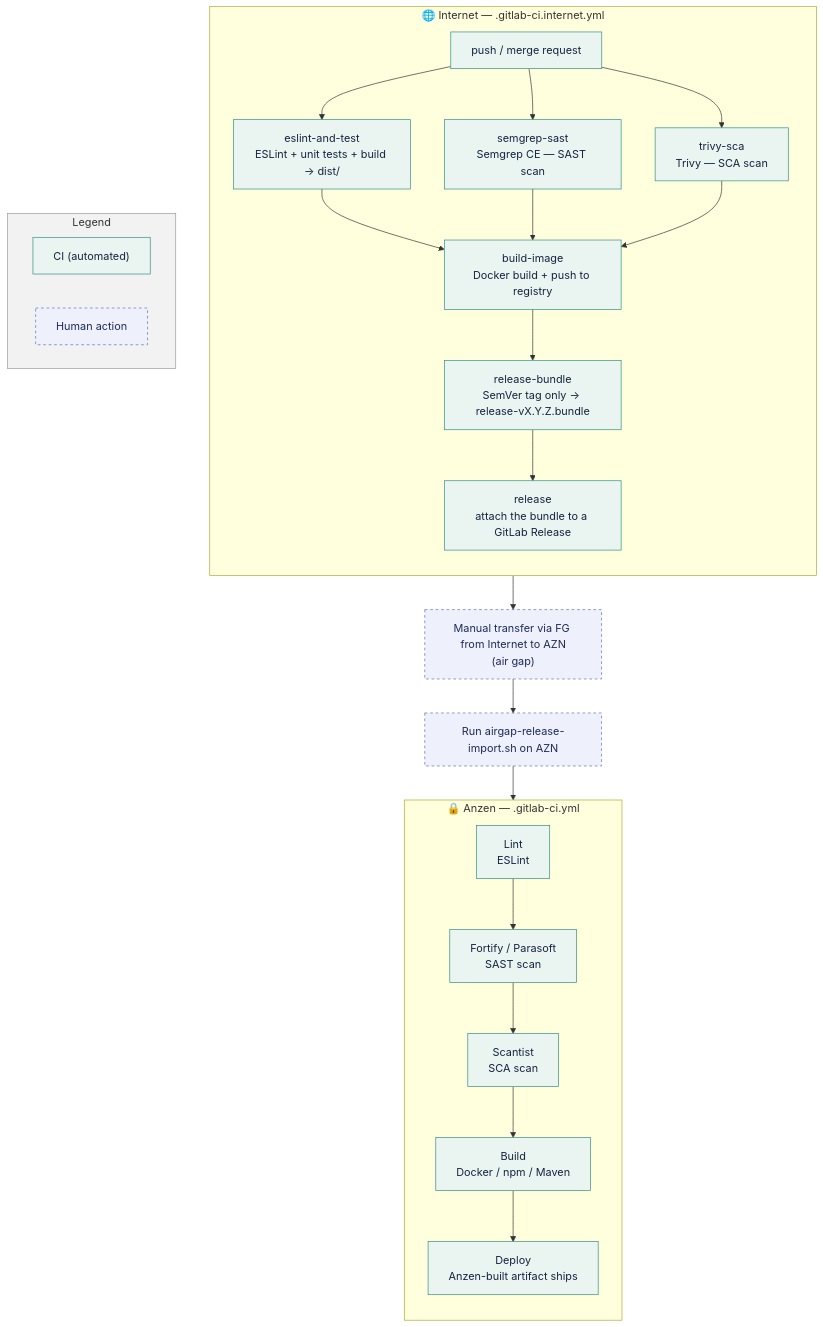
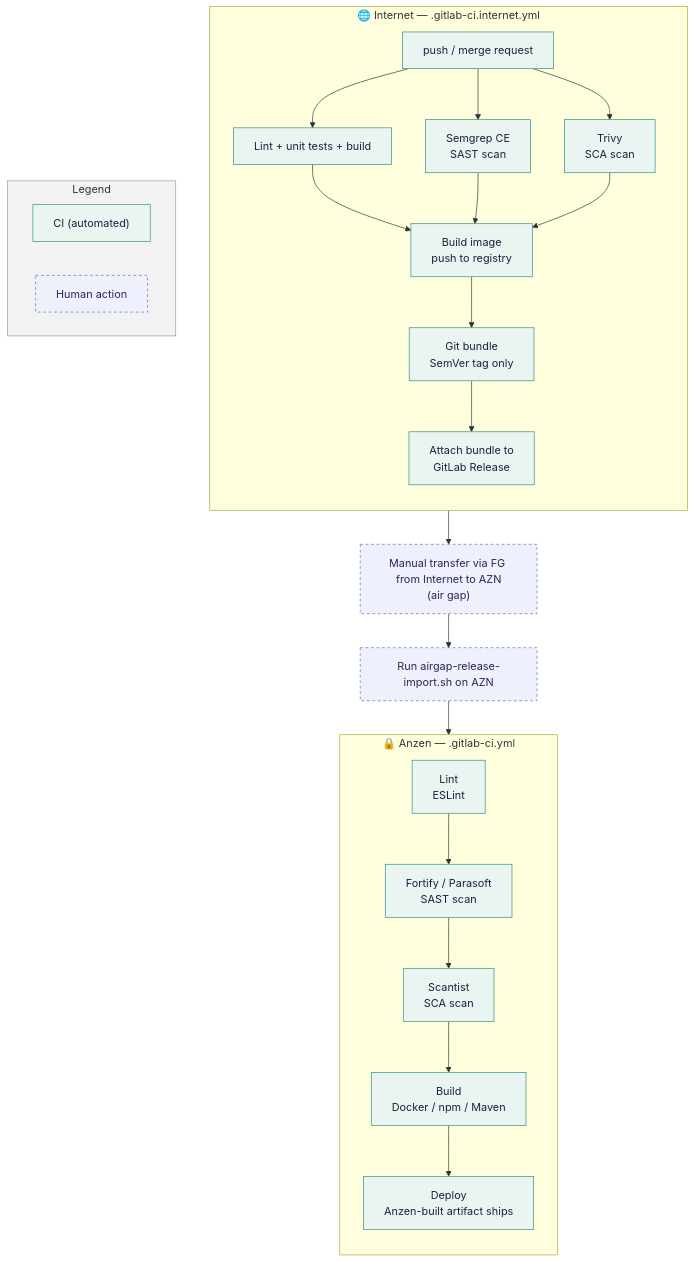
The diagram in README.md (janesenaj42/internet-azn-sync), drawn with Mermaid before and after one commit. The commit also changed other lines of this file, not shown here.

Commit message:
docs: simplify the diagram labels, correct the backend count
Diagram nodes carried repo-specific job names, which are wrong for more than
half the repos: frontend pipelines run eslint-and-test/semgrep-sast/trivy-sca,
backend pipelines run build-jar/sast-semgrep/sca-deps/sca-config/sca-secret.
Nodes now name the step and the tool; both job name sets are listed in the note
below the diagram instead. Drops the dist/ and bundle-filename detail.

Backend count corrected from 8 of 8 to 7 of 7. webcore-spring-service is an
example Spring Boot OAuth2 app, not a GC3 microservice, and was miscounted.
cet-service stays excluded as retired. webcore-kafka-example, which the table
previously listed as outstanding, could not be checked.

Adds a line saying these counts are read from CI configuration, so they show a
pipeline is in place rather than that its last run passed.

````diff
--- a/README.md
+++ b/README.md
@@ -40,37 +40,37 @@
 ```mermaid
 flowchart TD
     classDef ci fill:#eaf5f2,stroke:#2f8f82,color:#16233f
     classDef human fill:#eef1fb,stroke:#5b6fbd,color:#1f2a5c,stroke-dasharray:4 4
  
     subgraph Internet["🌐 Internet — .gitlab-ci.internet.yml"]
         direction TB
         P["push / merge request"]:::ci
-        P --> I0["eslint-and-test<br/>ESLint + unit tests + build → dist/"]:::ci
-        P --> I1["semgrep-sast<br/>Semgrep CE — SAST scan"]:::ci
-        P --> I2["trivy-sca<br/>Trivy — SCA scan"]:::ci
-        I0 --> I3["build-image<br/>Docker build + push to registry"]:::ci
+        P --> I0["Lint + unit tests + build"]:::ci
+        P --> I1["Semgrep CE<br/>SAST scan"]:::ci
+        P --> I2["Trivy<br/>SCA scan"]:::ci
+        I0 --> I3["Build image<br/>push to registry"]:::ci
         I1 --> I3
         I2 --> I3
-        I3 --> I4["release-bundle<br/>SemVer tag only → release-vX.Y.Z.bundle"]:::ci
-        I4 --> I5["release<br/>attach the bundle to a GitLab Release"]:::ci
+        I3 --> I4["Git bundle<br/>SemVer tag only"]:::ci
+        I4 --> I5["Attach bundle to<br/>GitLab Release"]:::ci
     end
  
     I5 --> H1["Manual transfer via FG from Internet to AZN<br/>(air gap)"]:::human
     H1 --> H2["Run airgap-release-import.sh on AZN"]:::human
     H2 --> A0
  
     subgraph Anzen["🔒 Anzen — .gitlab-ci.yml"]
         direction TB
         A0["Lint<br/>ESLint"]:::ci --> A1["Fortify / Parasoft<br/>SAST scan"]:::ci
         A1 --> A1b["Scantist<br/>SCA scan"]:::ci
         A1b --> A2["Build<br/>Docker / npm / Maven"]:::ci
         A2 --> A3["Deploy<br/>Anzen-built artifact ships"]:::ci
     end
  
     subgraph Legend["Legend"]
         direction LR
         LCI["CI (automated)"]:::ci
         LHuman["Human action"]:::human
     end
     style Legend fill:#f2f2f2,stroke:#9a9a9a,color:#333333
 ```
````
